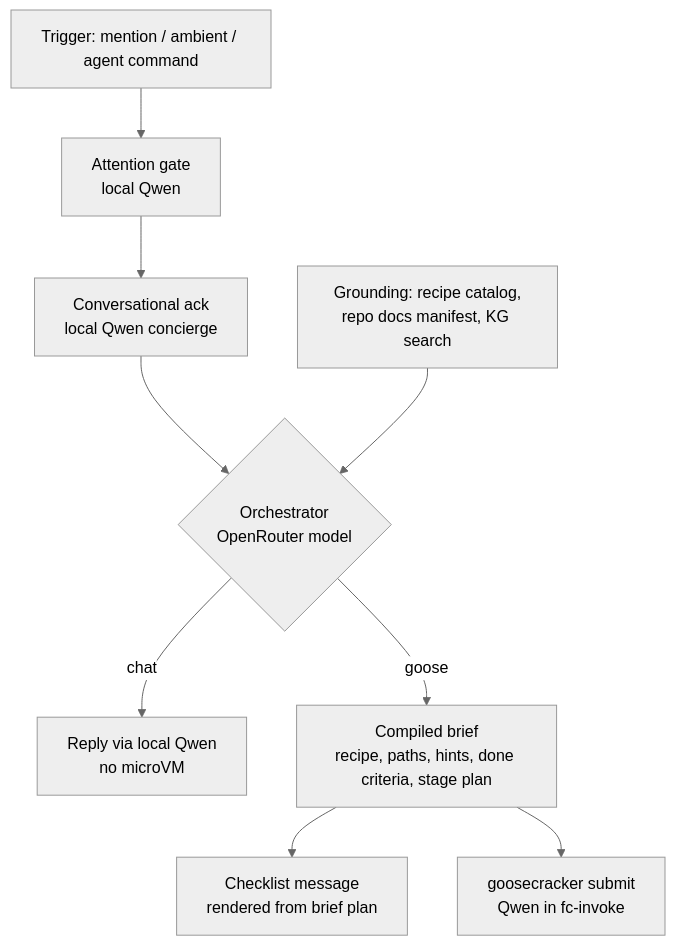
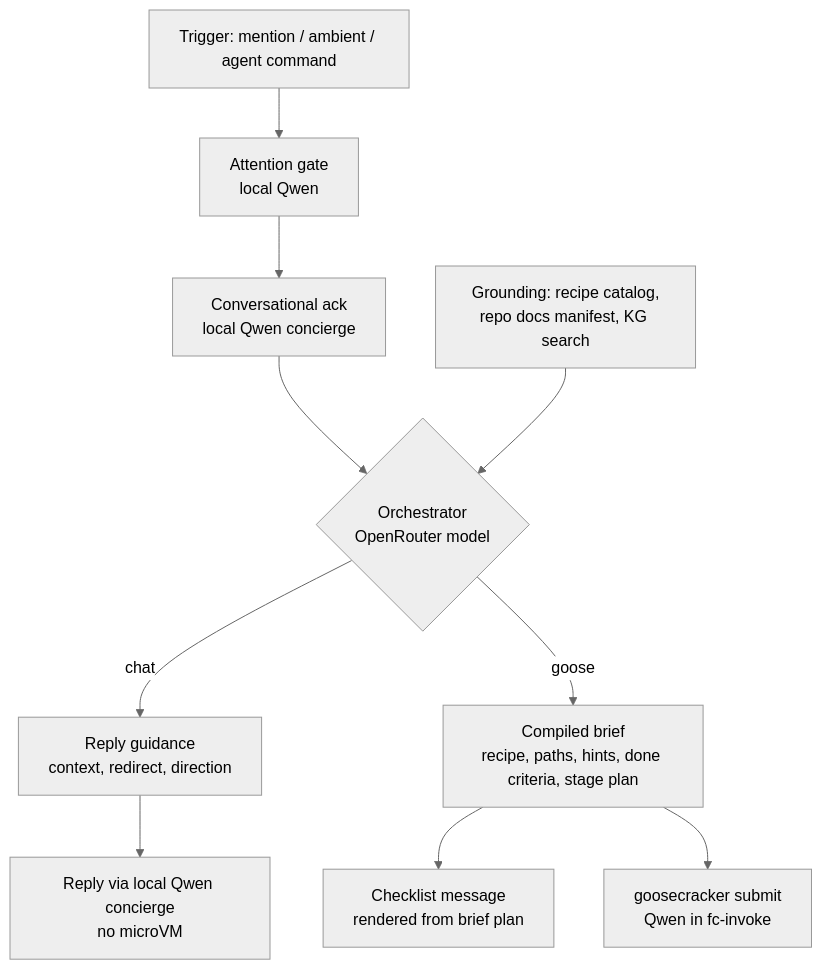
Before and after one commit to jomcgi-org/homelab: the diagram in docs/decisions/agents/036-orchestrator-brief-compiler-tier.md, drawn with Mermaid (neutral theme). The commit also changed other lines of this file and 4 other files, not shown here.

````diff
--- a/docs/decisions/agents/036-orchestrator-brief-compiler-tier.md
+++ b/docs/decisions/agents/036-orchestrator-brief-compiler-tier.md
@@ -42,11 +43,12 @@
 ```mermaid
 graph TD
     T[Trigger: mention / ambient / agent command] --> AT[Attention gate<br/>local Qwen]
     AT --> ACK[Conversational ack<br/>local Qwen concierge]
     ACK --> O{Orchestrator<br/>OpenRouter model}
-    O -- chat --> R[Reply via local Qwen<br/>no microVM]
+    O -- chat --> RG[Reply guidance<br/>context, redirect, direction]
+    RG --> R[Reply via local Qwen concierge<br/>no microVM]
     O -- goose --> B[Compiled brief<br/>recipe, paths, hints, done criteria, stage plan]
     B --> CL[Checklist message<br/>rendered from brief plan]
     B --> S[goosecracker submit<br/>Qwen in fc-invoke]
     G[Grounding: recipe catalog,<br/>repo docs manifest, KG search] --> O
 ```
````
